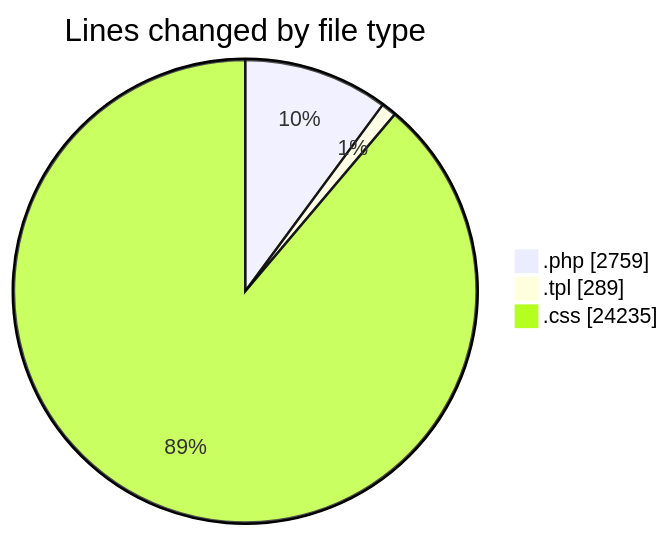
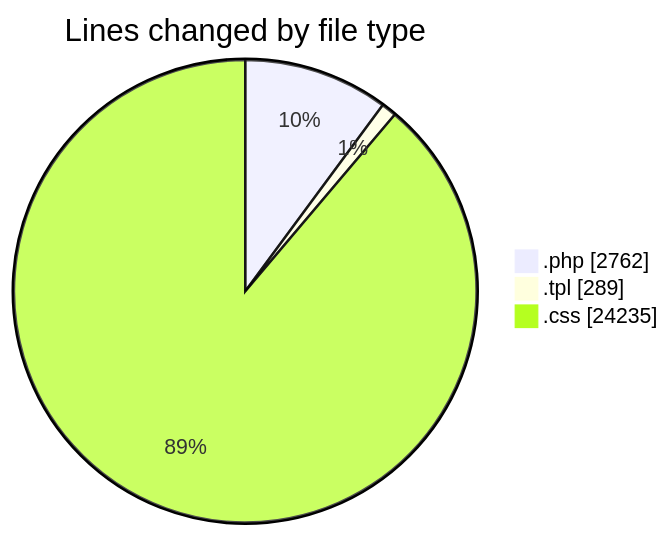
Before and after one commit to vahidmafi/code-tracking: the first of 2 diagrams in 2025-04-18/zeytoon/README.md, drawn with Mermaid. The commit also changed other lines of this file and 1 other file, not shown here.

````diff
--- a/2025-04-18/zeytoon/README.md
+++ b/2025-04-18/zeytoon/README.md
@@ -25,7 +25,7 @@
 ```mermaid
 pie showData
 title Lines changed by file type
-".php" : 2759
+".php" : 2762
 ".tpl" : 289
 ".css" : 24235
 ```
````
